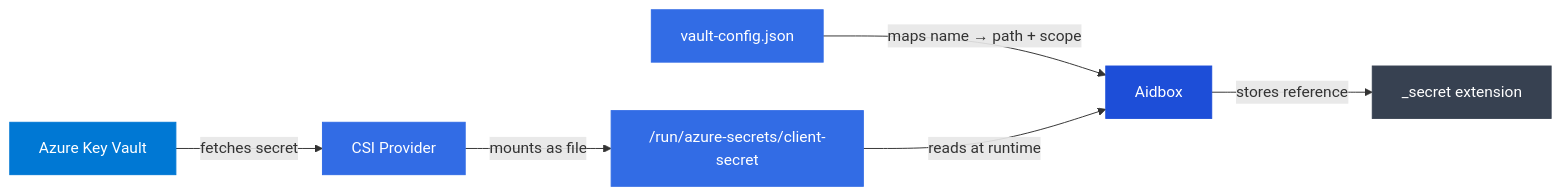
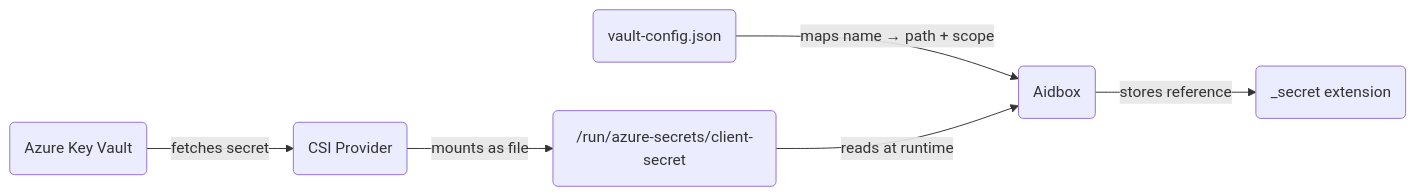
The diagram in docs/tutorials/other-tutorials/azure-key-vault-external-secrets.md (HealthSamurai/documentation), drawn with Mermaid before and after one commit. The commit also changed 1 other file, not shown here.

Commit message:
Apply PR review feedback: mermaid styles and settings link
- Use project CSS classes (blue2, violet2, neutral2) and round
  rectangles in mermaid diagrams per diagram.md skill
- Add link to Aidbox Settings Reference from configuration page

````diff
--- a/docs/tutorials/other-tutorials/azure-key-vault-external-secrets.md
+++ b/docs/tutorials/other-tutorials/azure-key-vault-external-secrets.md
@@ -23,15 +23,8 @@
 ```mermaid
 flowchart LR
-    AKV["Azure Key Vault"] -->|fetches secret| CSI["CSI Provider"]
-    CSI -->|mounts as file| Pod["/run/azure-secrets/client-secret"]
-    Config["vault-config.json"] -->|maps name → path + scope| Aidbox
+    AKV(Azure Key Vault):::blue2 -->|fetches secret| CSI(CSI Provider):::neutral2
+    CSI -->|mounts as file| Pod(/run/azure-secrets/client-secret):::blue2
+    Config(vault-config.json):::blue2 -->|maps name → path + scope| Aidbox(Aidbox):::violet2
     Pod -->|reads at runtime| Aidbox
-    Aidbox -->|stores reference| DB["_secret extension"]
-
-    style AKV fill:#0078D4,stroke:#0078D4,color:#fff
-    style CSI fill:#326CE5,stroke:#326CE5,color:#fff
-    style Pod fill:#326CE5,stroke:#326CE5,color:#fff
-    style Config fill:#326CE5,stroke:#326CE5,color:#fff
-    style Aidbox fill:#1D4ED8,stroke:#1D4ED8,color:#fff
-    style DB fill:#374151,stroke:#374151,color:#fff
+    Aidbox -->|stores reference| DB(_secret extension):::neutral2
 ```
````
